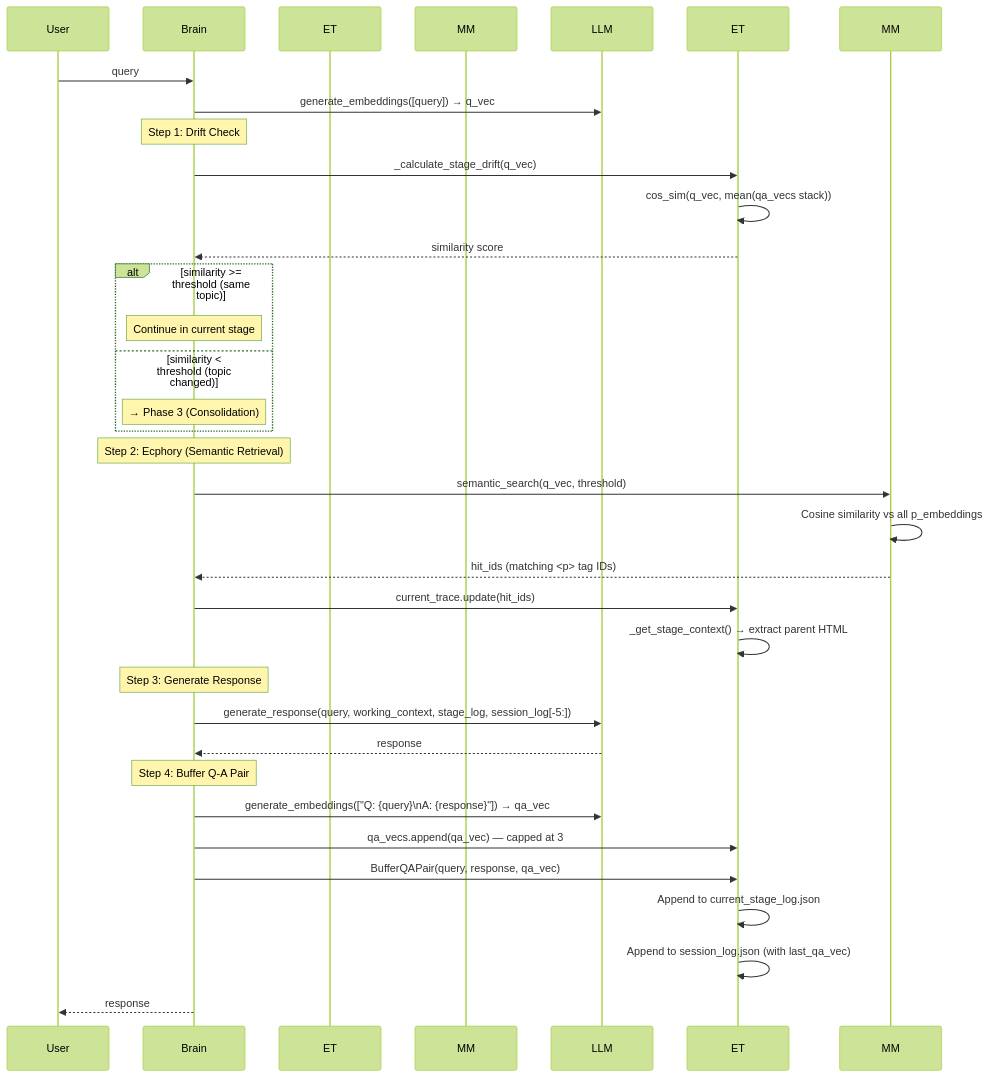
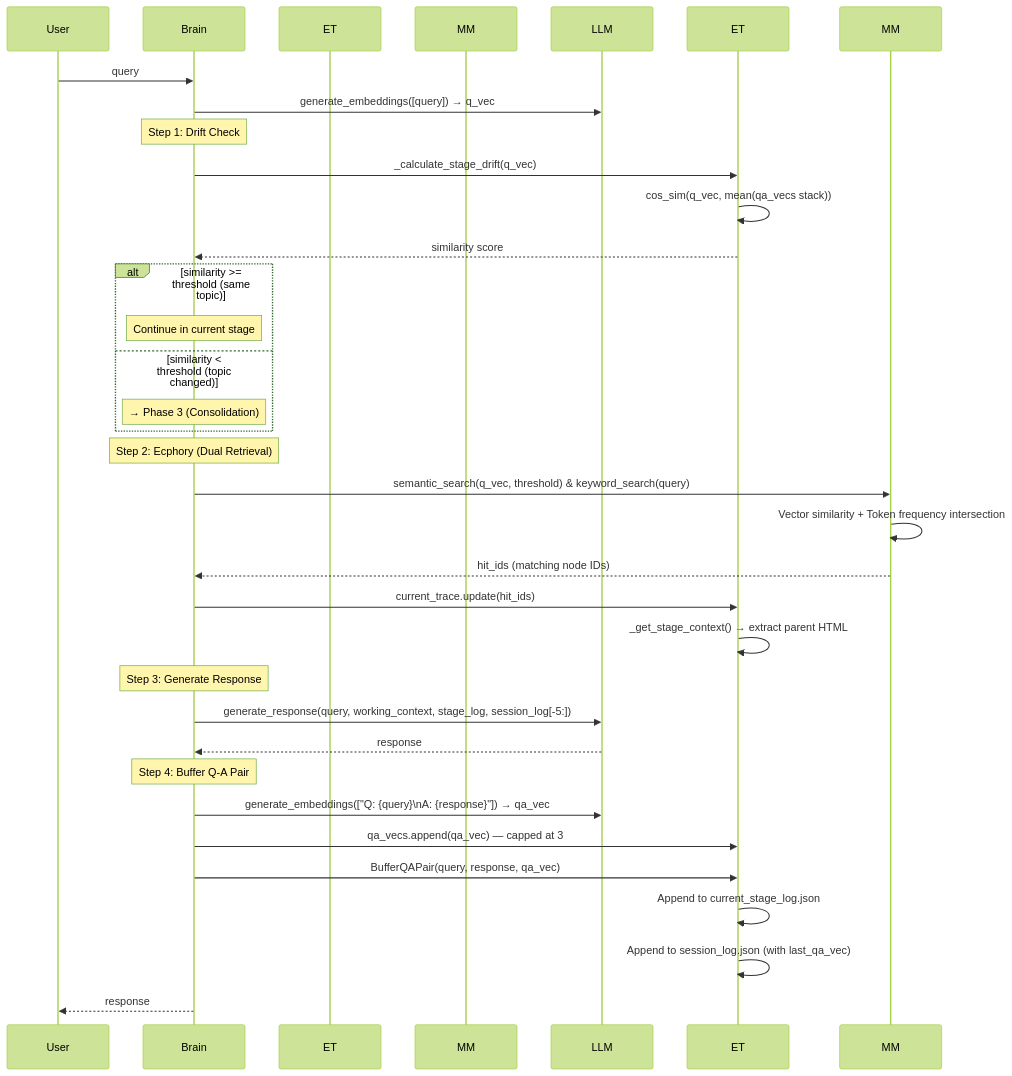
Before and after one commit to iamtaehyunpark/EngramTrace: the third of 4 diagrams in engramtrace_technical_report.md, drawn with Mermaid (forest theme). The commit also changed other lines of this file and 4 other files, not shown here.

````diff
--- a/engramtrace_technical_report.md
+++ b/engramtrace_technical_report.md
@@ -126,42 +126,42 @@
 ```mermaid
 sequenceDiagram
     participant User
     participant Brain
     participant EngramTrace as ET
     participant Memory as MM
     participant LLM
     
     User->>Brain: query
     Brain->>LLM: generate_embeddings([query]) → q_vec
     
     Note over Brain: Step 1: Drift Check
     Brain->>ET: _calculate_stage_drift(q_vec)
     ET->>ET: cos_sim(q_vec, mean(qa_vecs stack))
     ET-->>Brain: similarity score
     
     alt similarity >= threshold (same topic)
         Note over Brain: Continue in current stage
     else similarity < threshold (topic changed)
         Note over Brain: → Phase 3 (Consolidation)
     end
     
-    Note over Brain: Step 2: Ecphory (Semantic Retrieval)
-    Brain->>MM: semantic_search(q_vec, threshold)
-    MM->>MM: Cosine similarity vs all p_embeddings
-    MM-->>Brain: hit_ids (matching <p> tag IDs)
+    Note over Brain: Step 2: Ecphory (Dual Retrieval)
+    Brain->>MM: semantic_search(q_vec, threshold) & keyword_search(query)
+    MM->>MM: Vector similarity + Token frequency intersection
+    MM-->>Brain: hit_ids (matching node IDs)
     Brain->>ET: current_trace.update(hit_ids)
     ET->>ET: _get_stage_context() → extract parent HTML
     
     Note over Brain: Step 3: Generate Response
     Brain->>LLM: generate_response(query, working_context, stage_log, session_log[-5:])
     LLM-->>Brain: response
     
     Note over Brain: Step 4: Buffer Q-A Pair
     Brain->>LLM: generate_embeddings(["Q: {query}\nA: {response}"]) → qa_vec
     Brain->>ET: qa_vecs.append(qa_vec) — capped at 3
     Brain->>ET: BufferQAPair(query, response, qa_vec)
     ET->>ET: Append to current_stage_log.json
     ET->>ET: Append to session_log.json (with last_qa_vec)
     
     Brain-->>User: response
 ```
````
